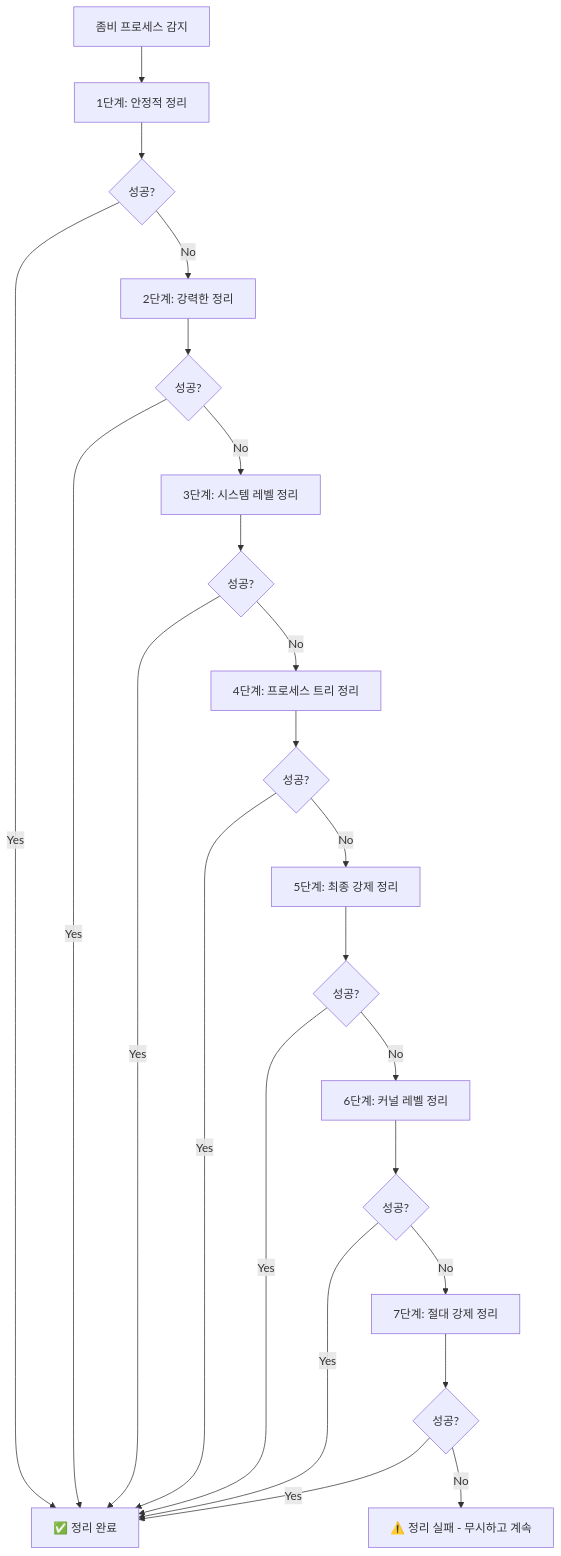
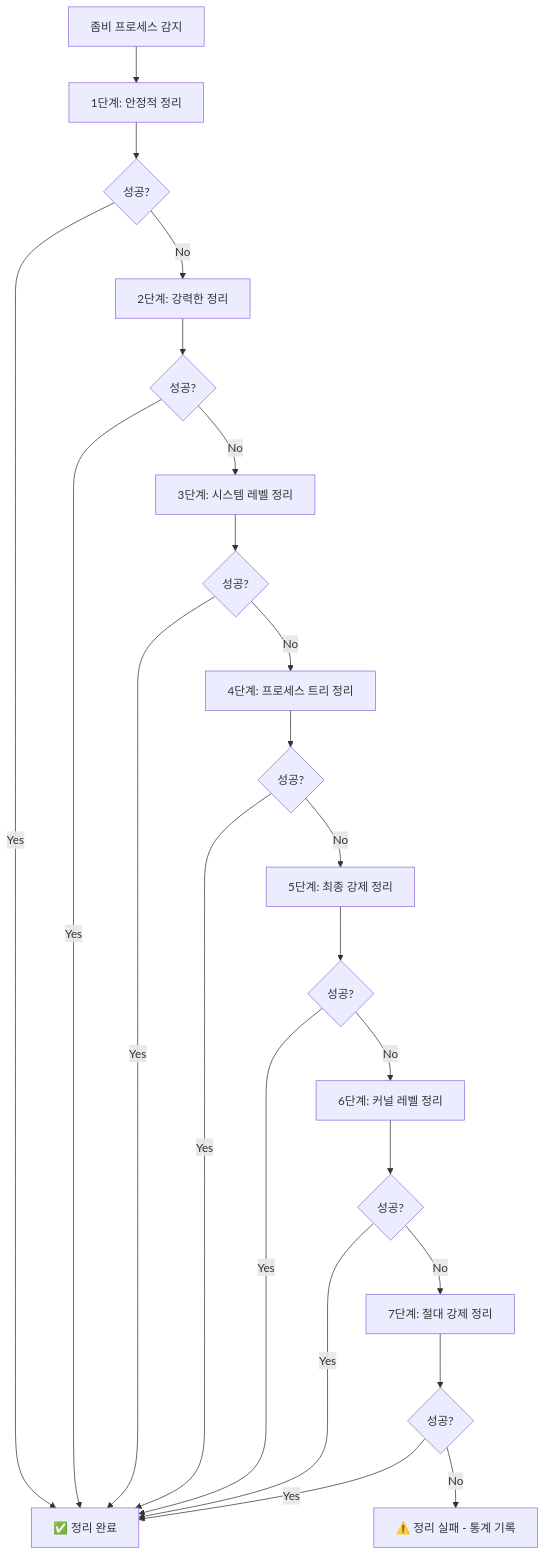
One commit to xowk9876/zombie-monitor changed the diagram in README.md. Above: the diagram before and after it, drawn with Mermaid. The commit also changed other lines of this file and 4 other files, not shown here.

````diff
--- a/README.md
+++ b/README.md
@@ -133,25 +88,25 @@
 ```mermaid
 graph TD
     A[좀비 프로세스 감지] --> B[1단계: 안정적 정리]
     B --> C{성공?}
     C -->|Yes| D[✅ 정리 완료]
     C -->|No| E[2단계: 강력한 정리]
     E --> F{성공?}
     F -->|Yes| D
     F -->|No| G[3단계: 시스템 레벨 정리]
     G --> H{성공?}
     H -->|Yes| D
     H -->|No| I[4단계: 프로세스 트리 정리]
     I --> J{성공?}
     J -->|Yes| D
     J -->|No| K[5단계: 최종 강제 정리]
     K --> L{성공?}
     L -->|Yes| D
     L -->|No| M[6단계: 커널 레벨 정리]
     M --> N{성공?}
     N -->|Yes| D
     N -->|No| O[7단계: 절대 강제 정리]
     O --> P{성공?}
     P -->|Yes| D
-    P -->|No| Q[⚠️ 정리 실패 - 무시하고 계속]
+    P -->|No| Q[⚠️ 정리 실패 - 통계 기록]
 ```
````
